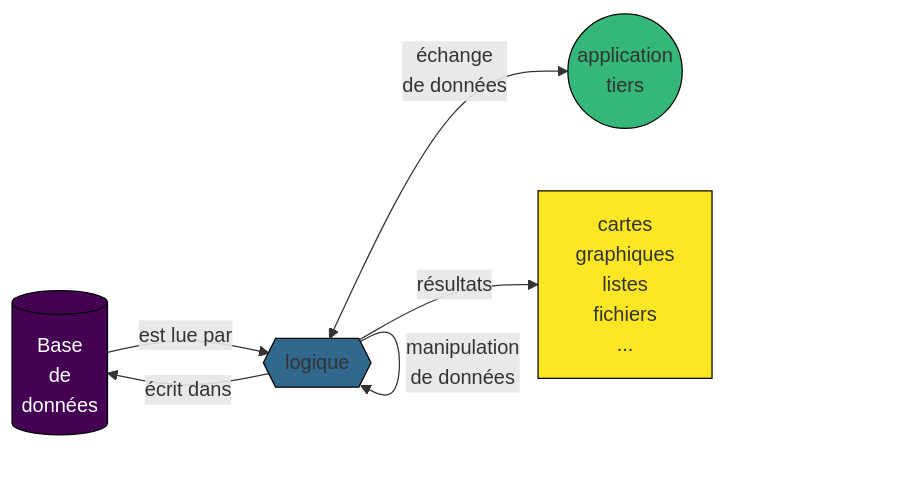
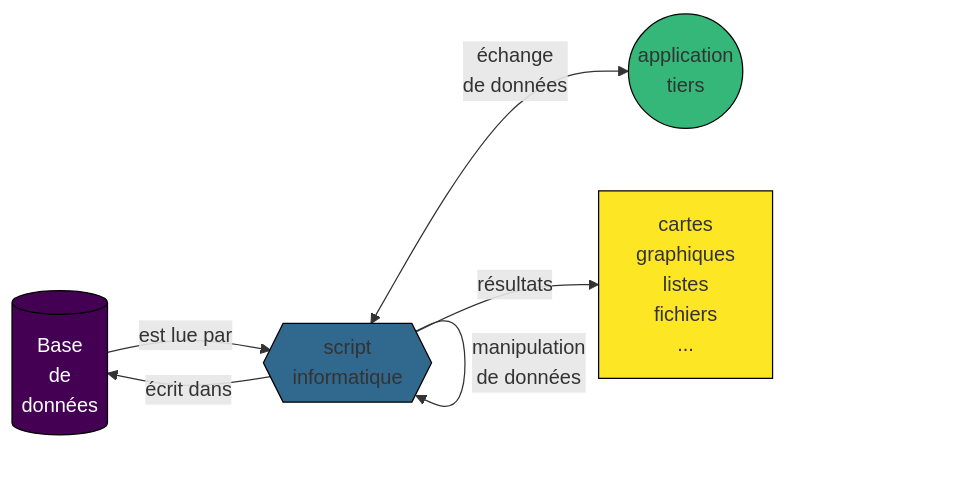
Before and after one commit to zoometh/thomashuet: the second of 2 diagrams in profiles/arcam-traject/README.md, drawn with Mermaid. The commit also changed 68 other files, not shown here.

````diff
--- a/profiles/arcam-traject/README.md
+++ b/profiles/arcam-traject/README.md
@@ -120,12 +120,12 @@
 ```mermaid
 flowchart LR
-    A[(Base<br>de<br>données)]:::semantic -- est lue par --> B{{logique}}:::logic;
+    A[(Base<br>de<br>données)]:::semantic -- est lue par --> B{{script<br>informatique}}:::logic;
     B -- "écrit dans" --> A;
     B -- manipulation<br>de données --> B;
     B <-- "échange<br>de données" --> C((application<br>tiers)):::third;
     B -- résultats --> D[cartes<br>graphiques<br>listes<br>fichiers<br>...]:::output;;
     style A fill:#440154,stroke:#000,color:#fff
     style B fill:#31688E,stroke:#000
     style C fill:#35B779,stroke:#000
     style D fill:#FDE725,stroke:#000
 ```
````
